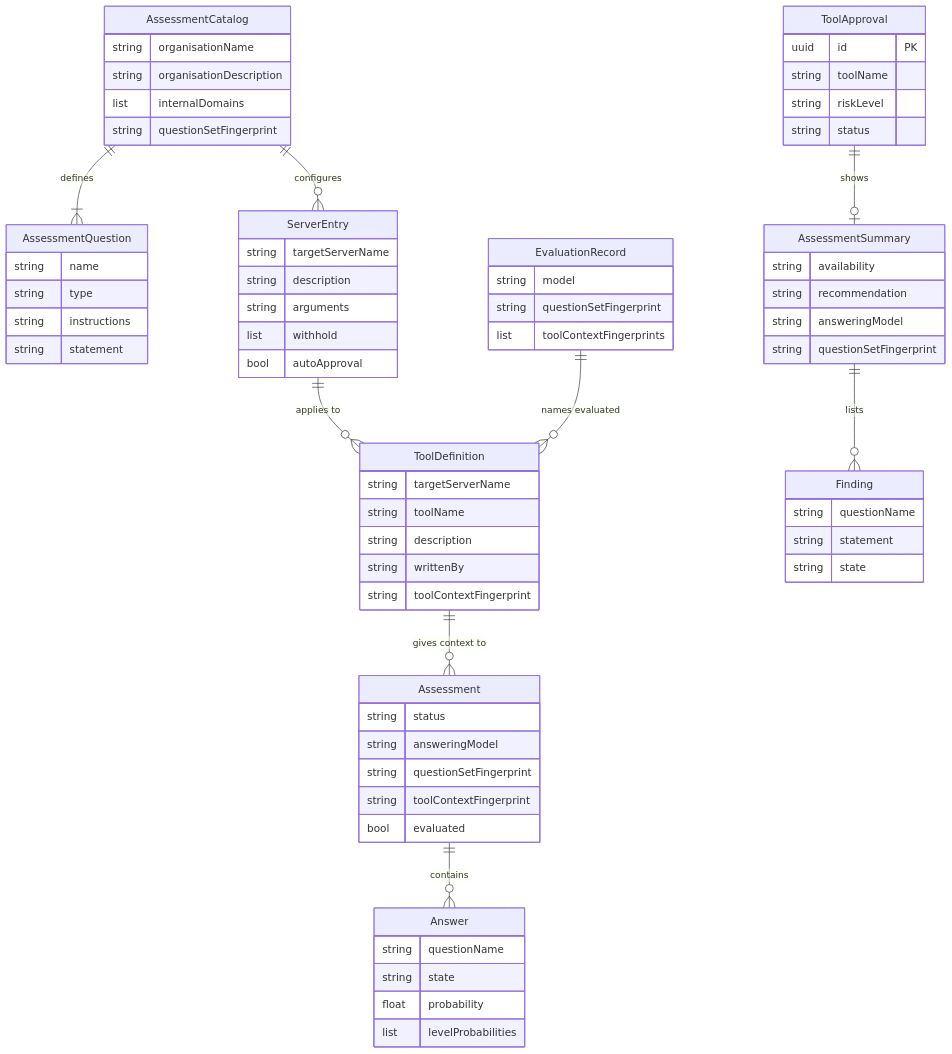
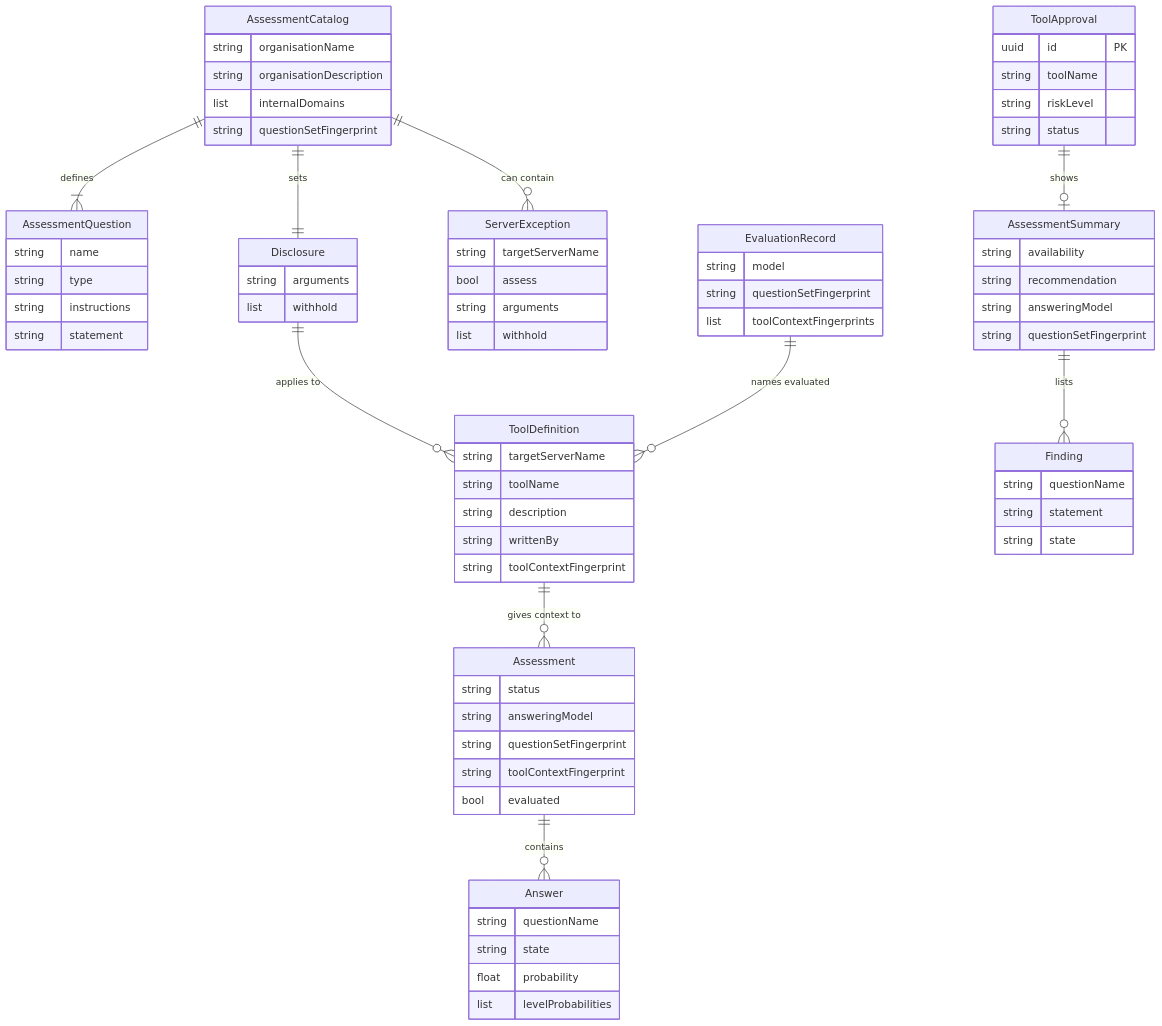
One commit to zalando-incubator/agentic-identity-broker changed the first of 2 diagrams in specs/20261123-194542-decision-model-tool-approvals/spec.md. Above: the diagram before and after it, drawn with Mermaid. The commit also changed other lines of this file and 1 other file, not shown here.

First line of the commit message:
docs(spec): drop per-server catalog entries and add worked examples

````diff
--- a/specs/20261123-194542-decision-model-tool-approvals/spec.md
+++ b/specs/20261123-194542-decision-model-tool-approvals/spec.md
@@ -1043,72 +1076,76 @@
 ```mermaid
 erDiagram
     AssessmentCatalog {
         string organisationName
         string organisationDescription
         list internalDomains
         string questionSetFingerprint
     }
     AssessmentQuestion {
         string name
         string type
         string instructions
         string statement
     }
-    ServerEntry {
-        string targetServerName
-        string description
+    Disclosure {
         string arguments
         list withhold
-        bool autoApproval
+    }
+    ServerException {
+        string targetServerName
+        bool assess
+        string arguments
+        list withhold
     }
     ToolDefinition {
         string targetServerName
         string toolName
         string description
         string writtenBy
         string toolContextFingerprint
     }
     Assessment {
         string status
         string answeringModel
         string questionSetFingerprint
         string toolContextFingerprint
         bool evaluated
     }
     Answer {
         string questionName
         string state
         float probability
         list levelProbabilities
     }
     EvaluationRecord {
         string model
         string questionSetFingerprint
         list toolContextFingerprints
     }
     ToolApproval {
         uuid id PK
         string toolName
         string riskLevel
         string status
     }
     AssessmentSummary {
         string availability
         string recommendation
         string answeringModel
         string questionSetFingerprint
     }
     Finding {
         string questionName
         string statement
         string state
     }
     AssessmentCatalog ||--|{ AssessmentQuestion : "defines"
-    AssessmentCatalog ||--o{ ServerEntry : "configures"
-    ServerEntry ||--o{ ToolDefinition : "applies to"
+    AssessmentCatalog ||--|| Disclosure : "sets"
+    AssessmentCatalog ||--o{ ServerException : "can contain"
+    Disclosure ||--o{ ToolDefinition : "applies to"
     ToolDefinition ||--o{ Assessment : "gives context to"
     Assessment ||--o{ Answer : "contains"
     EvaluationRecord ||--o{ ToolDefinition : "names evaluated"
     ToolApproval ||--o| AssessmentSummary : "shows"
     AssessmentSummary ||--o{ Finding : "lists"
 ```
````
